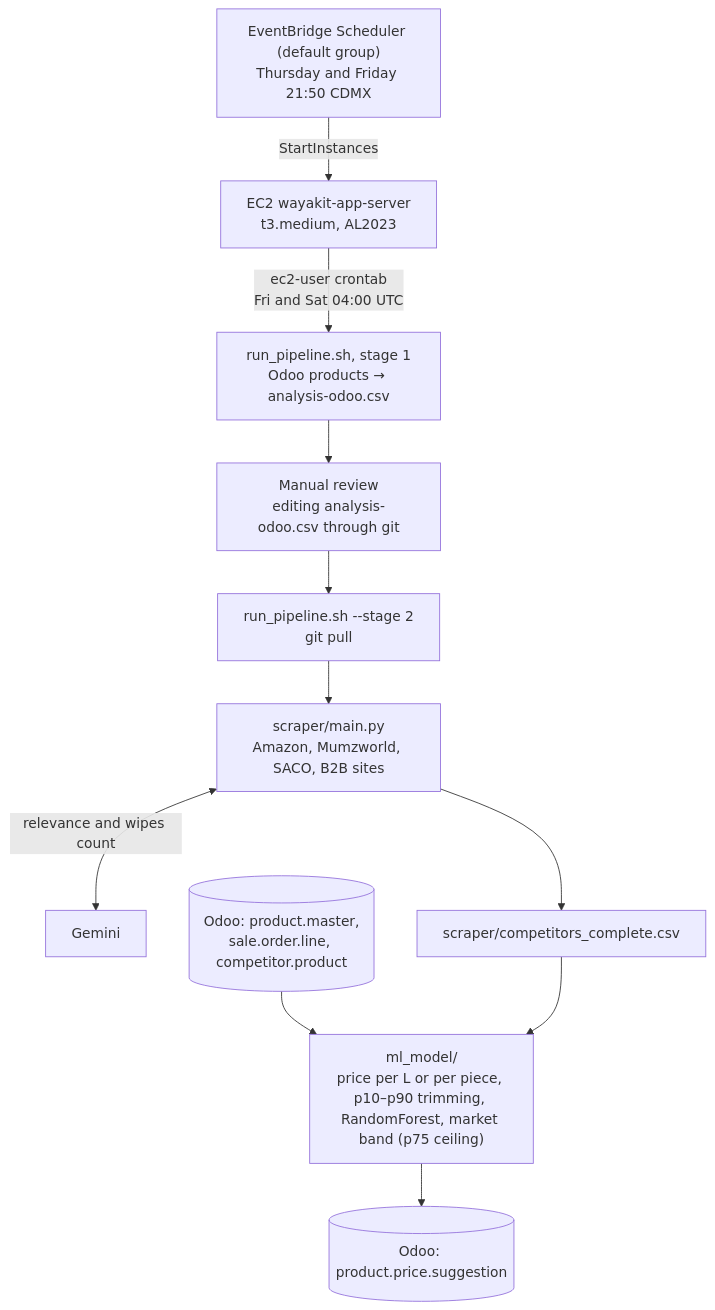
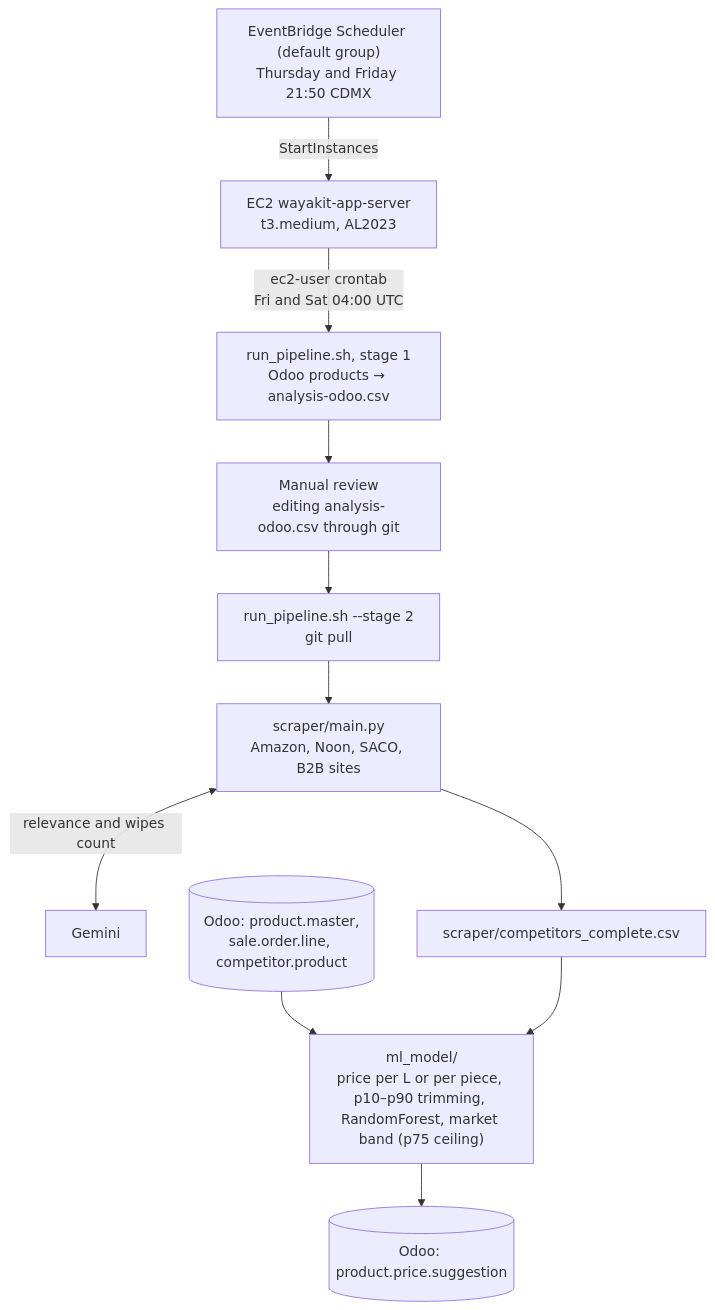
One commit to Wayakit-Biotechnology-in-Hygiene/wayakit-price-prediction changed the diagram in README.md. Above: the diagram before and after it, drawn with Mermaid. The commit also changed other lines of this file and 6 other files, not shown here.

First line of the commit message:
Scraper: remove Mumzworld from TARGET_MAP

````diff
--- a/README.md
+++ b/README.md
@@ -11,13 +11,13 @@
 ```mermaid
 flowchart TD
     S["EventBridge Scheduler (default group)<br/>Thursday and Friday 21:50 CDMX"] -->|StartInstances| EC2["EC2 wayakit-app-server<br/>t3.medium, AL2023"]
     EC2 -->|"ec2-user crontab<br/>Fri and Sat 04:00 UTC"| E1["run_pipeline.sh, stage 1<br/>Odoo products → analysis-odoo.csv"]
     E1 --> R["Manual review<br/>editing analysis-odoo.csv through git"]
     R --> E2["run_pipeline.sh --stage 2<br/>git pull"]
-    E2 --> SC["scraper/main.py<br/>Amazon, Mumzworld, SACO, B2B sites"]
+    E2 --> SC["scraper/main.py<br/>Amazon, Noon, SACO, B2B sites"]
     SC <-->|relevance and wipes count| G["Gemini"]
     SC --> CSV["scraper/competitors_complete.csv"]
     OD[("Odoo: product.master,<br/>sale.order.line, competitor.product")] --> ML
     CSV --> ML["ml_model/<br/>price per L or per piece, p10–p90 trimming, RandomForest, market band (p75 ceiling)"]
     ML --> OUT[("Odoo: product.price.suggestion")]
 ```
````
